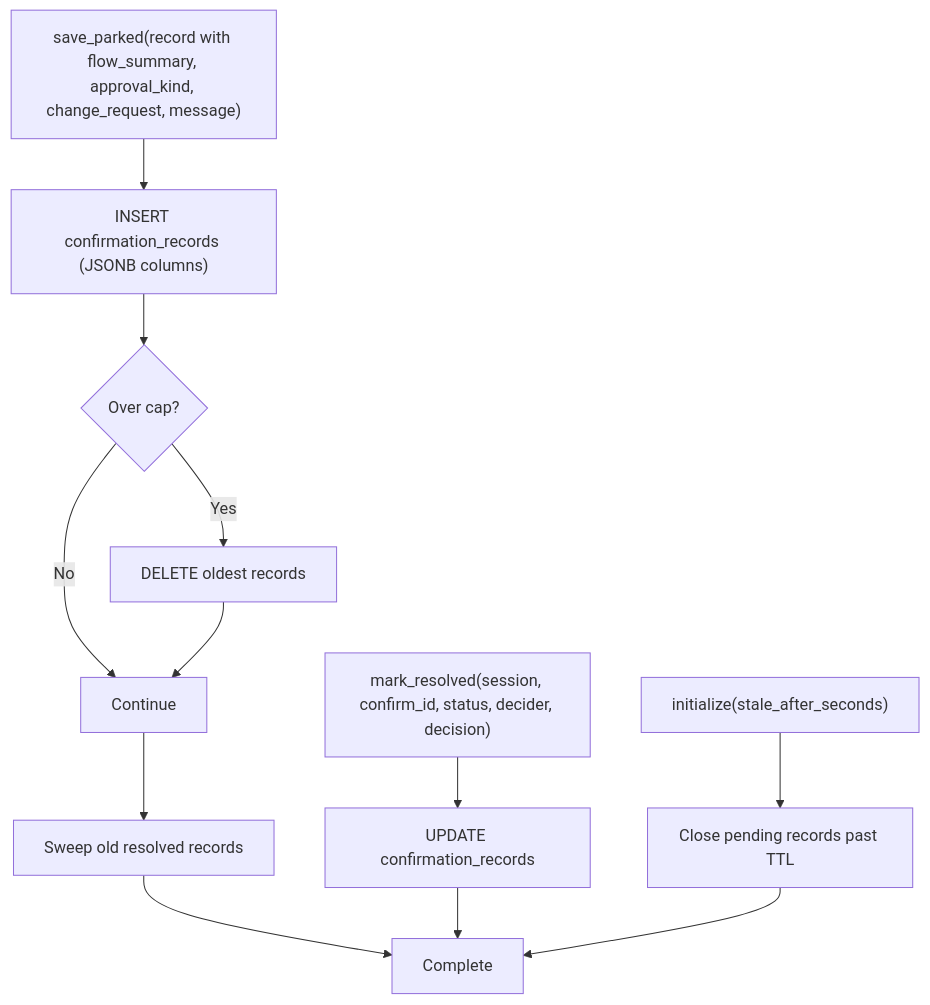
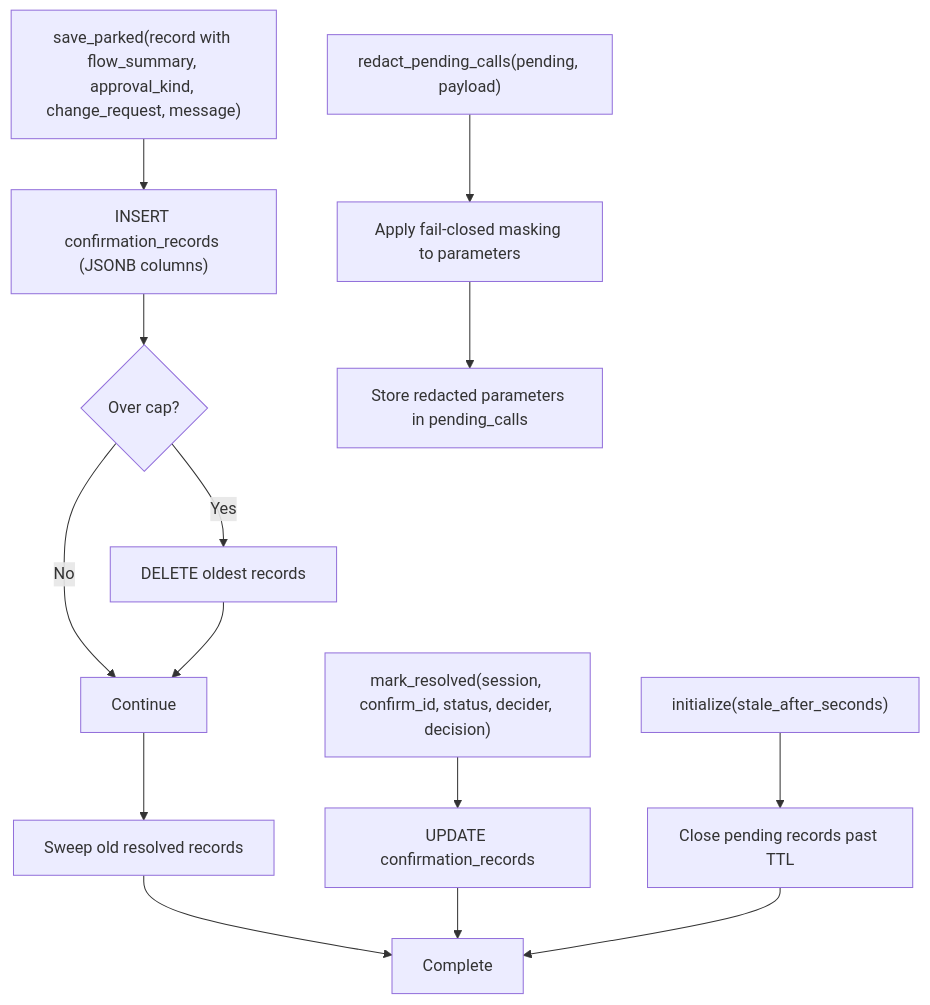
Before and after one commit to metasync/luban-aiops: the fourth of 15 diagrams in .qoder/repowiki/en/content/Agent Platform Service/HITL Confirmation Bridging (SPEC-020).md, drawn with Mermaid. The commit also changed other lines of this file and 48 other files, not shown here.

````diff
--- a/.qoder/repowiki/en/content/Agent Platform Service/HITL Confirmation Bridging (SPEC-020).md
+++ b/.qoder/repowiki/en/content/Agent Platform Service/HITL Confirmation Bridging (SPEC-020).md
@@ -380,14 +387,16 @@
 ```mermaid
 flowchart TD
 Park["save_parked(record with flow_summary, approval_kind, change_request, message)"] --> Insert["INSERT confirmation_records (JSONB columns)"]
 Insert --> Evict{"Over cap?"}
 Evict -- Yes --> Sweep["DELETE oldest records"]
 Evict -- No --> Continue["Continue"]
 Sweep --> Continue
 Continue --> Audit["Sweep old resolved records"]
 Audit --> Complete["Complete"]
 Resolve["mark_resolved(session, confirm_id, status, decider, decision)"] --> Update["UPDATE confirmation_records"]
 Update --> Complete
 Startup["initialize(stale_after_seconds)"] --> CloseStale["Close pending records past TTL"]
 CloseStale --> Complete
+Redact["redact_pending_calls(pending, payload)"] --> MaskParams["Apply fail-closed masking to parameters"]
+MaskParams --> StoreRedacted["Store redacted parameters in pending_calls"]
 ```
````
